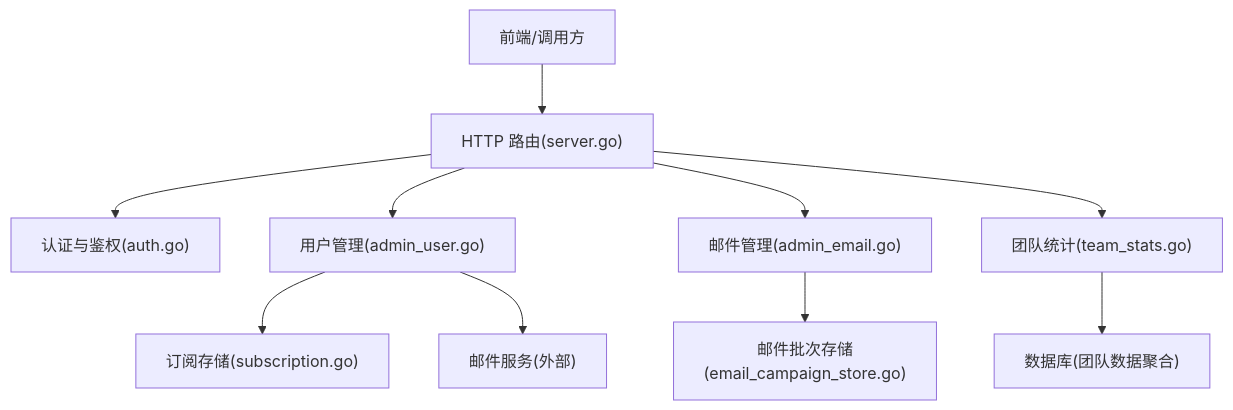
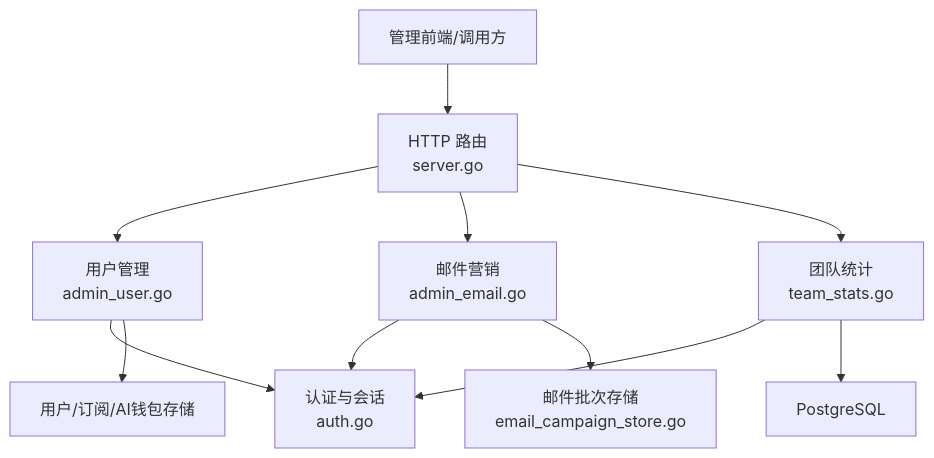
Before and after one commit to alvinwangzi/goodhr: the first of 3 diagrams in .qoder/repowiki/zh/content/API接口文档/云端REST API/管理后台API/管理后台API.md, drawn with Mermaid. The commit also changed other lines of this file and 149 other files, not shown here.

````diff
--- a/.qoder/repowiki/zh/content/API接口文档/云端REST API/管理后台API/管理后台API.md
+++ b/.qoder/repowiki/zh/content/API接口文档/云端REST API/管理后台API/管理后台API.md
@@ -48,12 +42,13 @@
 ```mermaid
 graph TB
-Client["前端/调用方"] --> Router["HTTP 路由(server.go)"]
-Router --> Auth["认证与鉴权(auth.go)"]
-Router --> AdminUsers["用户管理(admin_user.go)"]
-Router --> AdminEmails["邮件管理(admin_email.go)"]
-Router --> TeamStats["团队统计(team_stats.go)"]
-AdminUsers --> SubStore["订阅存储(subscription.go)"]
-AdminUsers --> Mailer["邮件服务(外部)"]
-AdminEmails --> EmailStore["邮件批次存储(email_campaign_store.go)"]
-TeamStats --> DB["数据库(团队数据聚合)"]
+Client["管理前端/调用方"] --> Server["HTTP 路由<br/>server.go"]
+Server --> AdminUser["用户管理<br/>admin_user.go"]
+Server --> AdminEmail["邮件营销<br/>admin_email.go"]
+Server --> TeamStats["团队统计<br/>team_stats.go"]
+AdminUser --> Auth["认证与会话<br/>auth.go"]
+AdminEmail --> Auth
+TeamStats --> Auth
+AdminUser --> StoreU["用户/订阅/AI钱包存储"]
+AdminEmail --> StoreE["邮件批次存储<br/>email_campaign_store.go"]
+TeamStats --> DB["PostgreSQL"]
 ```
````
